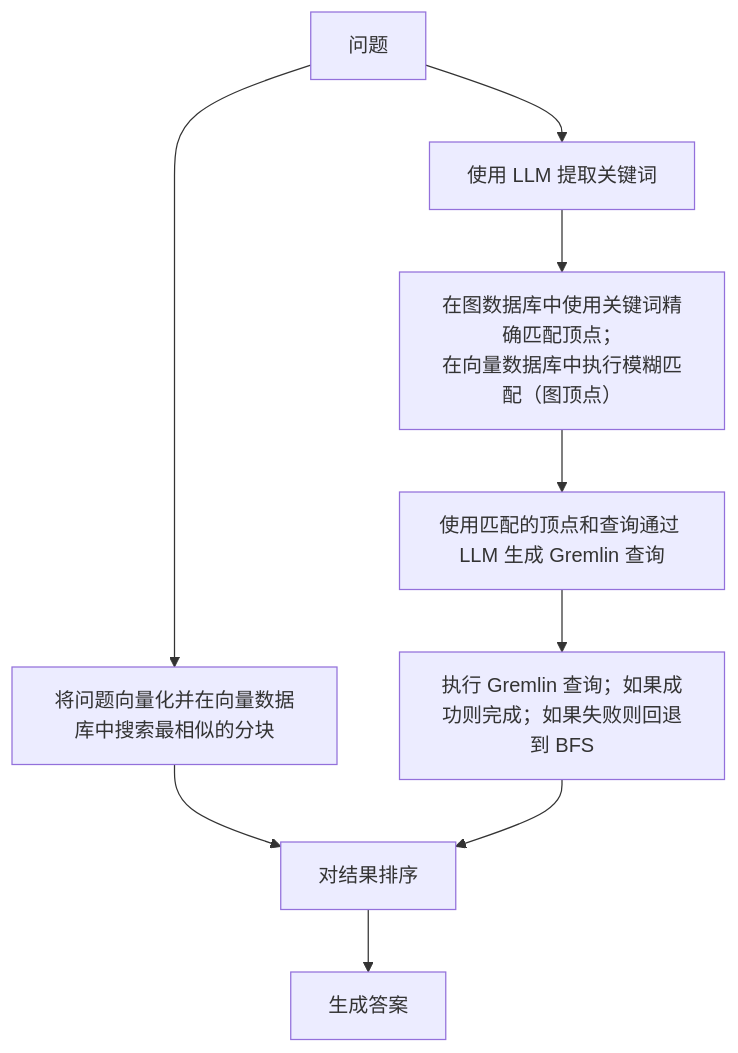
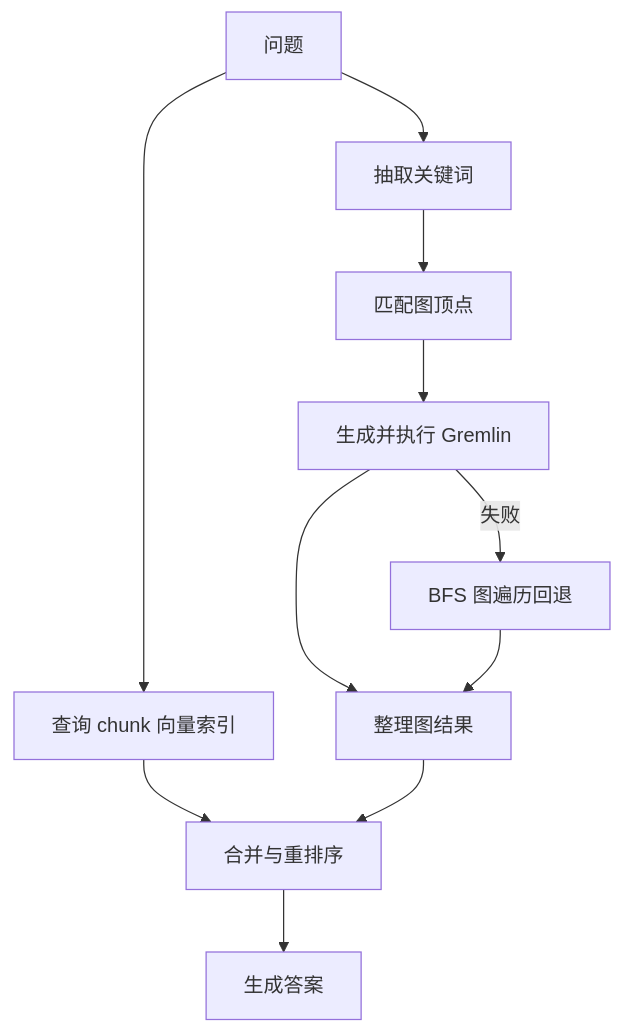
One commit to apache/hugegraph-doc changed the second of 2 diagrams in cn/docs/quickstart/hugegraph-ai/quick_start/index.md. Above: the diagram before and after it, drawn with Mermaid. The commit also changed other lines of this file and 727 other files, not shown here.

````diff
--- a/cn/docs/quickstart/hugegraph-ai/quick_start/index.md
+++ b/cn/docs/quickstart/hugegraph-ai/quick_start/index.md
@@ -84,13 +44,13 @@
 ```mermaid
-graph TD;
-    A[问题] --> B[将问题向量化并在向量数据库中搜索最相似的分块]
-
-    A --> F[使用 LLM 提取关键词]
-    F --> G[在图数据库中使用关键词精确匹配顶点；\n在向量数据库中执行模糊匹配（图顶点）]
-    G --> H[使用匹配的顶点和查询通过 LLM 生成 Gremlin 查询]
-    H --> I[执行 Gremlin 查询；如果成功则完成；如果失败则回退到 BFS]
-    
-    B --> J[对结果排序]
-    I --> J
-    J --> K[生成答案]
+flowchart TD
+    Q[问题] --> V[查询 chunk 向量索引]
+    Q --> K[抽取关键词]
+    K --> M[匹配图顶点]
+    M --> T[生成并执行 Gremlin]
+    T -->|失败| B[BFS 图遍历回退]
+    T --> R[整理图结果]
+    B --> R
+    V --> S[合并与重排序]
+    R --> S
+    S --> A[生成答案]
 ```
````
